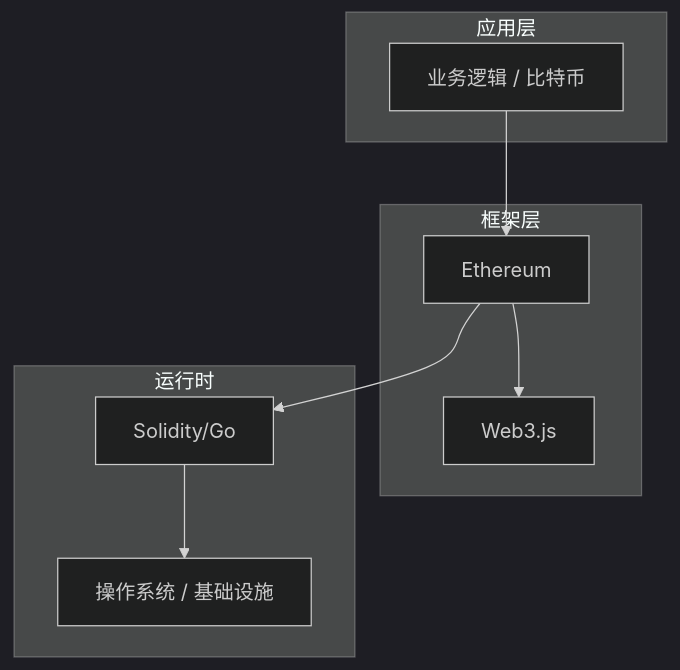
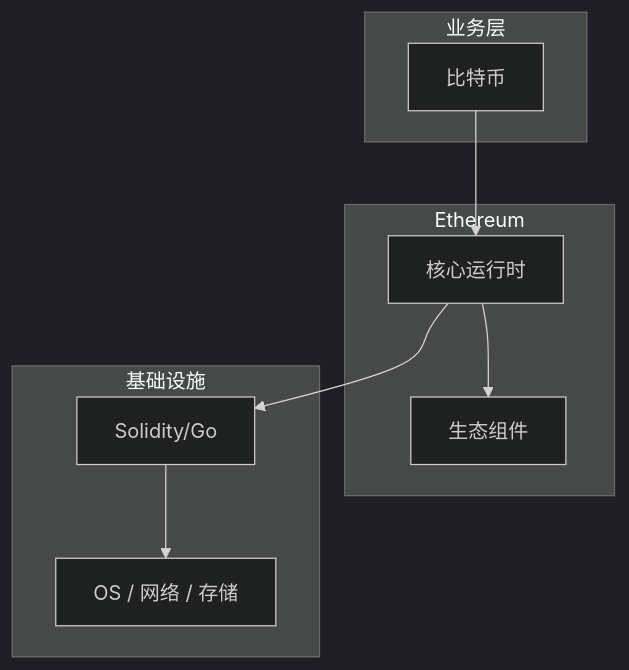
One commit to yanggan2015/knowledge-json-v2 changed the diagram in articles/区块链/chapters/041-比特币核心概念与原理.md. Above: the diagram before and after it, drawn with Mermaid (dark theme). The commit also changed other lines of this file and 10127 other files, not shown here.

````diff
--- a/articles/区块链/chapters/041-比特币核心概念与原理.md
+++ b/articles/区块链/chapters/041-比特币核心概念与原理.md
@@ -45,18 +30,18 @@
 ```mermaid
 graph TB
-    subgraph 应用层
-        A[业务逻辑 / 比特币]
+    subgraph 业务层
+        A[比特币]
     end
-    subgraph 框架层
-        B[Ethereum]
-        C[Web3.js]
+    subgraph Ethereum
+        B[核心运行时]
+        C[生态组件]
     end
-    subgraph 运行时
+    subgraph 基础设施
         D[Solidity/Go]
-        E[操作系统 / 基础设施]
+        E[OS / 网络 / 存储]
     end
     A --> B
     B --> C
     B --> D
     D --> E
 ```
````
